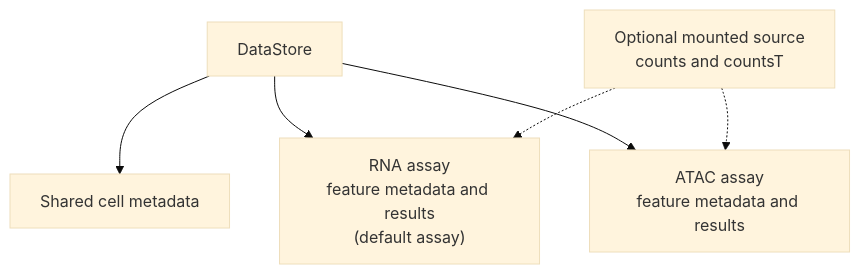
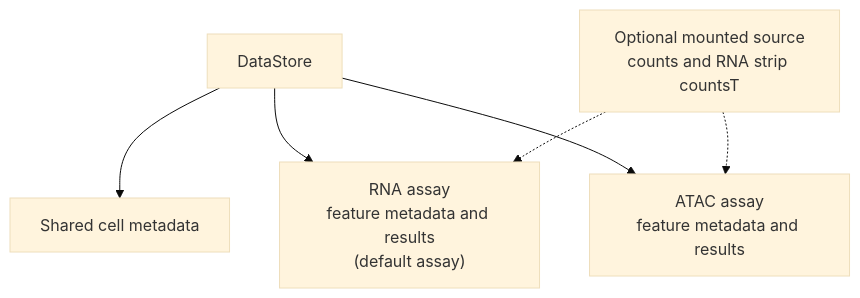
One commit to NygenAnalytics/scarf changed the diagram in docs/source/tutorials/data_organization.md. Above: the diagram before and after it, drawn with Mermaid (base theme). The commit also changed 57 other files, not shown here.

````diff
--- a/docs/source/tutorials/data_organization.md
+++ b/docs/source/tutorials/data_organization.md
@@ -41,13 +41,13 @@
 ```{mermaid}
 flowchart TB
     ds["DataStore"]
     cells["Shared cell metadata"]
     rna["RNA assay<br/>feature metadata and results<br/>(default assay)"]
     atac["ATAC assay<br/>feature metadata and results"]
-    source["Optional mounted source<br/>counts and countsT"]
+    source["Optional mounted source<br/>counts and RNA strip countsT"]
     ds --> cells
     ds --> rna
     ds --> atac
     source -.-> rna
     source -.-> atac
 ```
````
